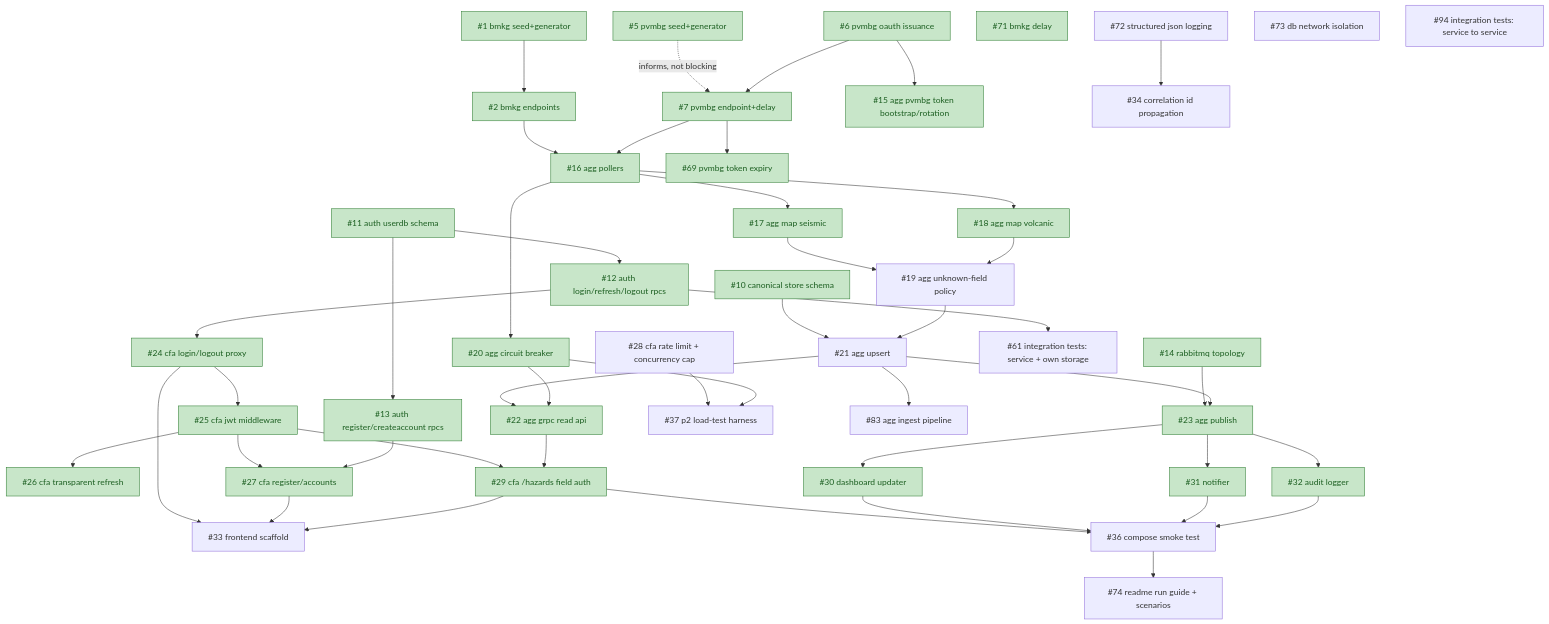
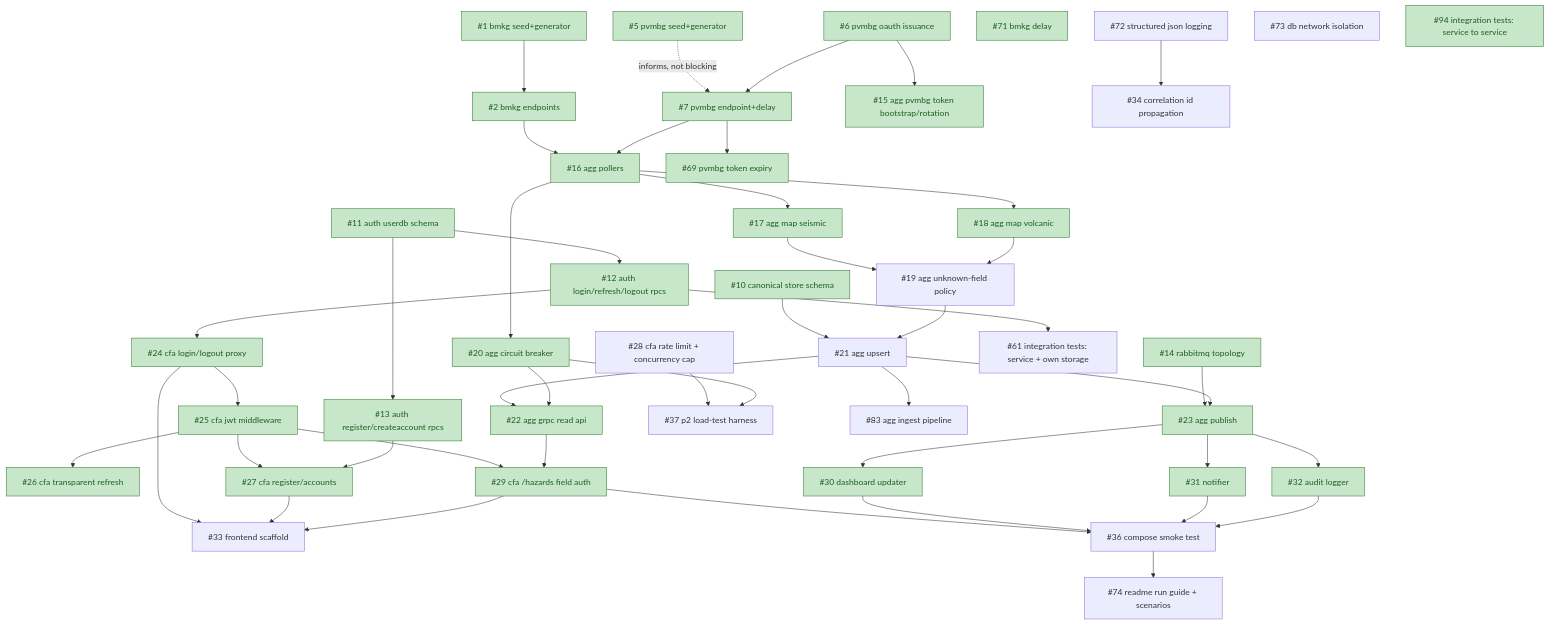
The diagram in doc/BACKLOG_DEPENDENCIES.md (brii26/distributed-hazard-coordination), drawn with Mermaid before and after one commit. The commit also changed other lines of this file and 5 other files, not shown here.

````diff
--- a/doc/BACKLOG_DEPENDENCIES.md
+++ b/doc/BACKLOG_DEPENDENCIES.md
@@ -24,63 +23,63 @@
 ```mermaid
 graph TD
   1["#1 bmkg seed+generator"] --> 2["#2 bmkg endpoints"]
   5["#5 pvmbg seed+generator"] -.->|informs, not blocking| 7
 
   6["#6 pvmbg oauth issuance"] --> 15["#15 agg pvmbg token bootstrap/rotation"]
   6 --> 7["#7 pvmbg endpoint+delay"]
   7 --> 69["#69 pvmbg token expiry"]
 
   2 --> 16["#16 agg pollers"]
   7 --> 16
   16 --> 17["#17 agg map seismic"]
   16 --> 18["#18 agg map volcanic"]
   16 --> 20["#20 agg circuit breaker"]
   17 --> 19["#19 agg unknown-field policy"]
   18 --> 19
 
   10["#10 canonical store schema"] --> 21["#21 agg upsert"]
   19 --> 21
   21 --> 22["#22 agg grpc read api"]
   20 --> 22
 
   14["#14 rabbitmq topology"] --> 23["#23 agg publish"]
   21 --> 23
   21 --> 83["#83 agg ingest pipeline"]
 
   11["#11 auth userdb schema"] --> 12["#12 auth login/refresh/logout rpcs"]
   11 --> 13["#13 auth register/createaccount rpcs"]
 
   12 --> 24["#24 cfa login/logout proxy"]
   12 --> 61["#61 integration tests: service + own storage"]
   24 --> 25["#25 cfa jwt middleware"]
   25 --> 26["#26 cfa transparent refresh"]
   25 --> 27["#27 cfa register/accounts"]
   13 --> 27
   25 --> 29["#29 cfa /hazards field auth"]
   22 --> 29
 
   23 --> 30["#30 dashboard updater"]
   23 --> 31["#31 notifier"]
   23 --> 32["#32 audit logger"]
 
   24 --> 33["#33 frontend scaffold"]
   27 --> 33
   29 --> 33
 
   29 --> 36["#36 compose smoke test"]
   30 --> 36
   31 --> 36
   32 --> 36
 
   28["#28 cfa rate limit + concurrency cap"] --> 37["#37 p2 load-test harness"]
   20 --> 37
 
   72["#72 structured json logging"] --> 34["#34 correlation id propagation"]
   36 --> 74["#74 readme run guide + scenarios"]
   71["#71 bmkg delay"]
   73["#73 db network isolation"]
   94["#94 integration tests: service to service"]
 
   classDef done fill:#c8e6c9,stroke:#2e7d32,color:#1b5e20
-  class 1,2,5,6,7,10,11,12,13,14,15,16,17,18,20,22,23,24,25,26,27,29,30,31,32,69,71 done
+  class 1,2,5,6,7,10,11,12,13,14,15,16,17,18,20,22,23,24,25,26,27,29,30,31,32,69,71,94 done
 ```
````
